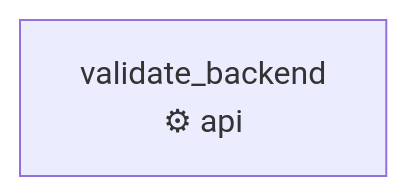
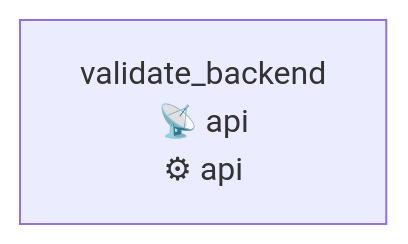
One commit to jeffersonmachado/r-agent2 changed the diagram in docs/diagrams/qa-waves/journey-omnichannel-omnichannel_engagement-precond_omnichannel_engagement_email_gateway_active.md. Above: the diagram before and after it, drawn with Mermaid. The commit also changed other lines of this file and 74 other files, not shown here.

First line of the commit message:
docs(qa-waves): roteiros de jornada + diagramas + status de plataforma

````diff
--- a/docs/diagrams/qa-waves/journey-omnichannel-omnichannel_engagement-precond_omnichannel_engagement_email_gateway_active.md
+++ b/docs/diagrams/qa-waves/journey-omnichannel-omnichannel_engagement-precond_omnichannel_engagement_email_gateway_active.md
@@ -5,5 +5,5 @@
 ```mermaid
 flowchart LR
-    step_precond_email_gateway_active_1["validate_backend\n⚙ api"]
+    step_precond_email_gateway_active_1["validate_backend\n📡 api\n⚙ api"]
 
 ```
````
